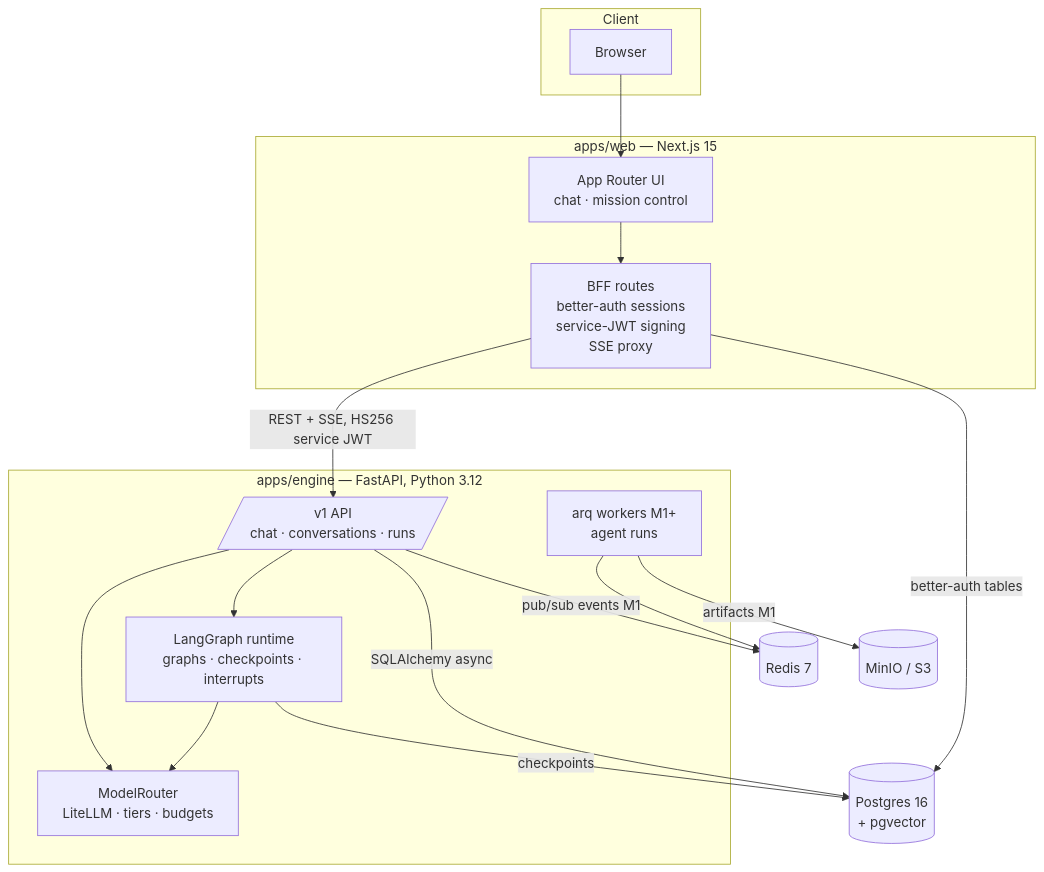
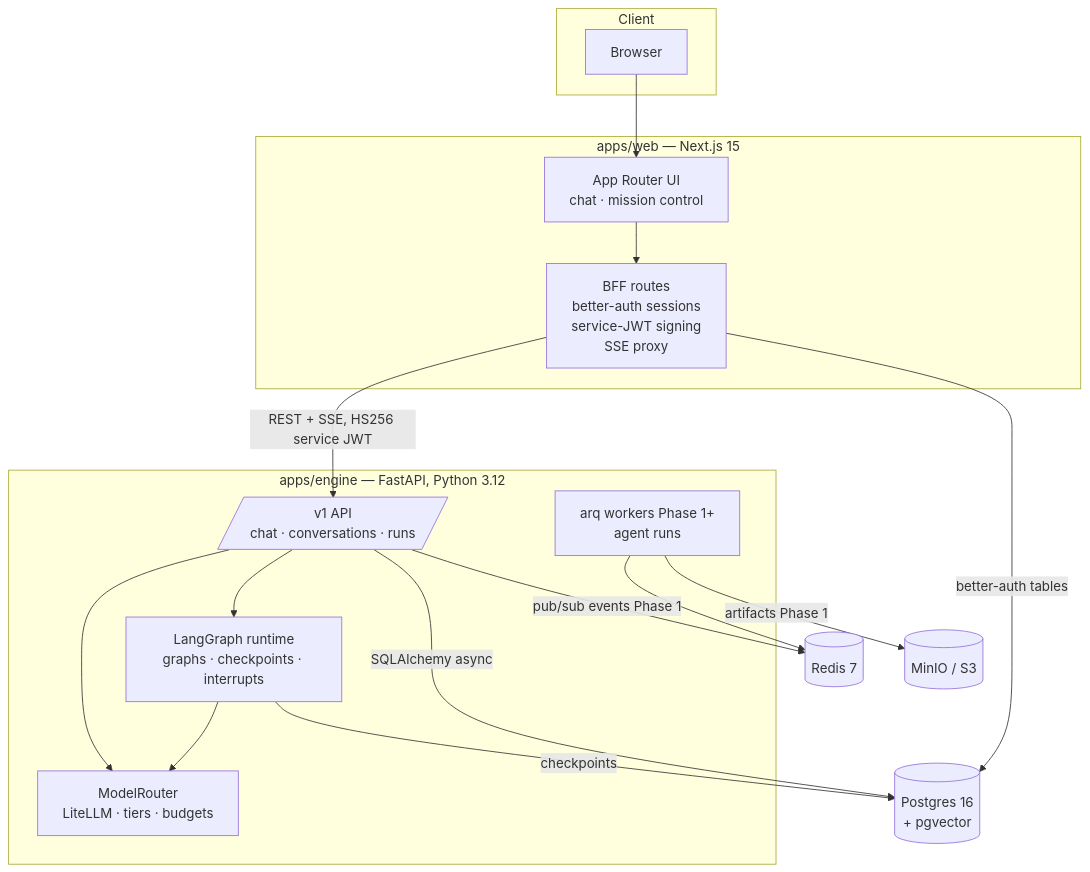
The second of 2 diagrams in docs/architecture/OVERVIEW.md (aayushraj1425/automated-software-engineering-team), drawn with Mermaid before and after one commit. The commit also changed other lines of this file and 15 other files, not shown here.

````diff
--- a/docs/architecture/OVERVIEW.md
+++ b/docs/architecture/OVERVIEW.md
@@ -23,29 +23,29 @@
 ```mermaid
 flowchart TB
     subgraph Client
         B[Browser]
     end
     subgraph web [apps/web — Next.js 15]
         UI[App Router UI\nchat · mission control]
         BFF[BFF routes\nbetter-auth sessions\nservice-JWT signing\nSSE proxy]
     end
     subgraph engine [apps/engine — FastAPI, Python 3.12]
         API[/v1 API\nchat · conversations · runs/]
         MR[ModelRouter\nLiteLLM · tiers · budgets]
         LG[LangGraph runtime\ngraphs · checkpoints · interrupts]
-        W[arq workers M1+\nagent runs]
+        W[arq workers Phase 1+\nagent runs]
     end
     PG[(Postgres 16\n+ pgvector)]
     RD[(Redis 7)]
     S3[(MinIO / S3)]
 
     B --> UI --> BFF -->|REST + SSE, HS256 service JWT| API
     API --> MR
     API --> LG --> MR
     LG -->|checkpoints| PG
     API -->|SQLAlchemy async| PG
     BFF -->|better-auth tables| PG
     W --> RD
-    API -->|pub/sub events M1| RD
-    W -->|artifacts M1| S3
+    API -->|pub/sub events Phase 1| RD
+    W -->|artifacts Phase 1| S3
 ```
````
